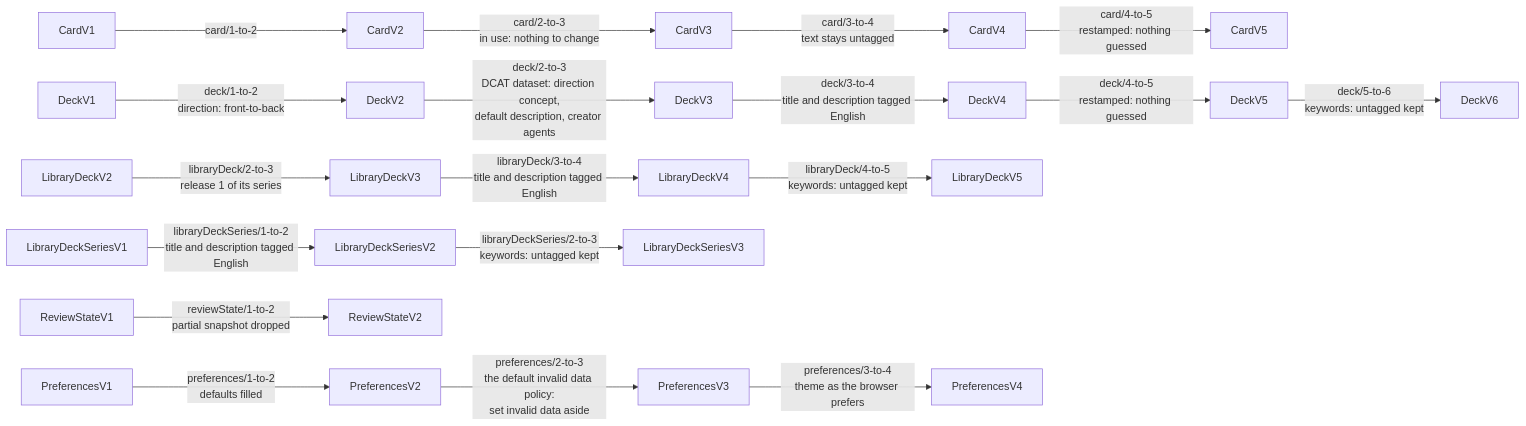
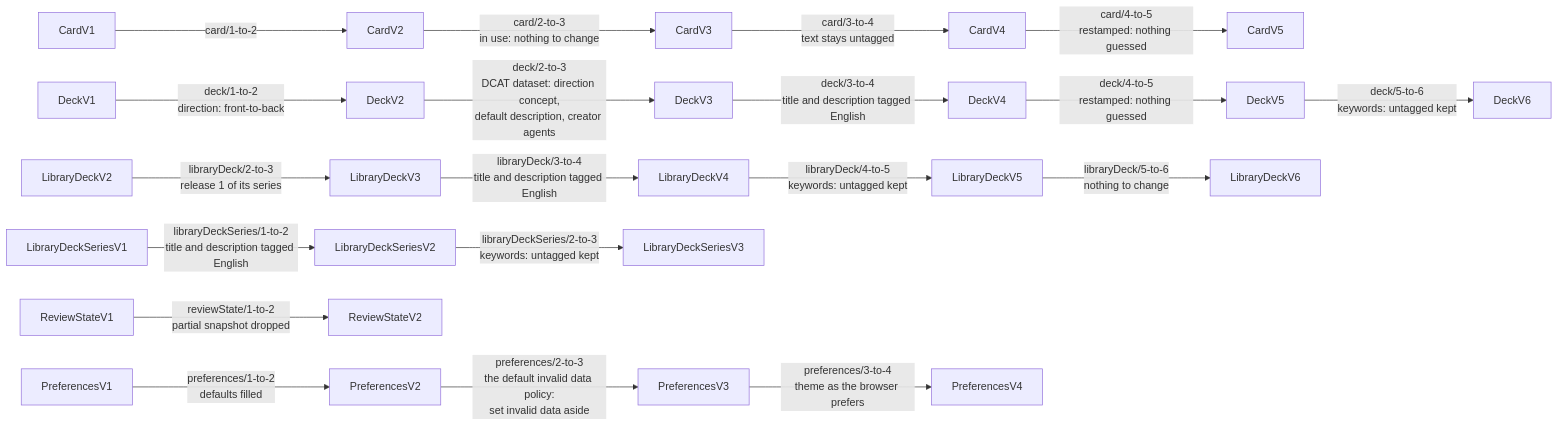
The first of 3 diagrams in docs/migrations.md (solid-memo/website), drawn with Mermaid before and after one commit. The commit also changed other lines of this file and 53 other files, not shown here.

````diff
--- a/docs/migrations.md
+++ b/docs/migrations.md
@@ -227,21 +253,22 @@
 ```mermaid
 flowchart LR
     v1["CardV1"] -->|card/1-to-2| v2["CardV2"]
     v2 -->|card/2-to-3<br/>in use: nothing to change| v3["CardV3"]
     v3 -->|card/3-to-4<br/>text stays untagged| v4["CardV4"]
     v4 -->|card/4-to-5<br/>restamped: nothing guessed| v5["CardV5"]
     d1["DeckV1"] -->|deck/1-to-2<br/>direction: front-to-back| d2["DeckV2"]
     d2 -->|deck/2-to-3<br/>DCAT dataset: direction concept,<br/>default description, creator agents| d3["DeckV3"]
     d3 -->|deck/3-to-4<br/>title and description tagged English| d4["DeckV4"]
     d4 -->|deck/4-to-5<br/>restamped: nothing guessed| d5["DeckV5"]
     d5 -->|deck/5-to-6<br/>keywords: untagged kept| d6["DeckV6"]
     l2["LibraryDeckV2"] -->|libraryDeck/2-to-3<br/>release 1 of its series| l3["LibraryDeckV3"]
     l3 -->|libraryDeck/3-to-4<br/>title and description tagged English| l4["LibraryDeckV4"]
     l4 -->|libraryDeck/4-to-5<br/>keywords: untagged kept| l5["LibraryDeckV5"]
+    l5 -->|libraryDeck/5-to-6<br/>nothing to change| l6["LibraryDeckV6"]
     s1["LibraryDeckSeriesV1"] -->|libraryDeckSeries/1-to-2<br/>title and description tagged English| s2["LibraryDeckSeriesV2"]
     s2 -->|libraryDeckSeries/2-to-3<br/>keywords: untagged kept| s3["LibraryDeckSeriesV3"]
     r1["ReviewStateV1"] -->|reviewState/1-to-2<br/>partial snapshot dropped| r2["ReviewStateV2"]
     p1["PreferencesV1"] -->|preferences/1-to-2<br/>defaults filled| p2["PreferencesV2"]
     p2 -->|preferences/2-to-3<br/>the default invalid data policy:<br/>set invalid data aside| p3["PreferencesV3"]
     p3 -->|preferences/3-to-4<br/>theme as the browser prefers| p4["PreferencesV4"]
 ```
````
